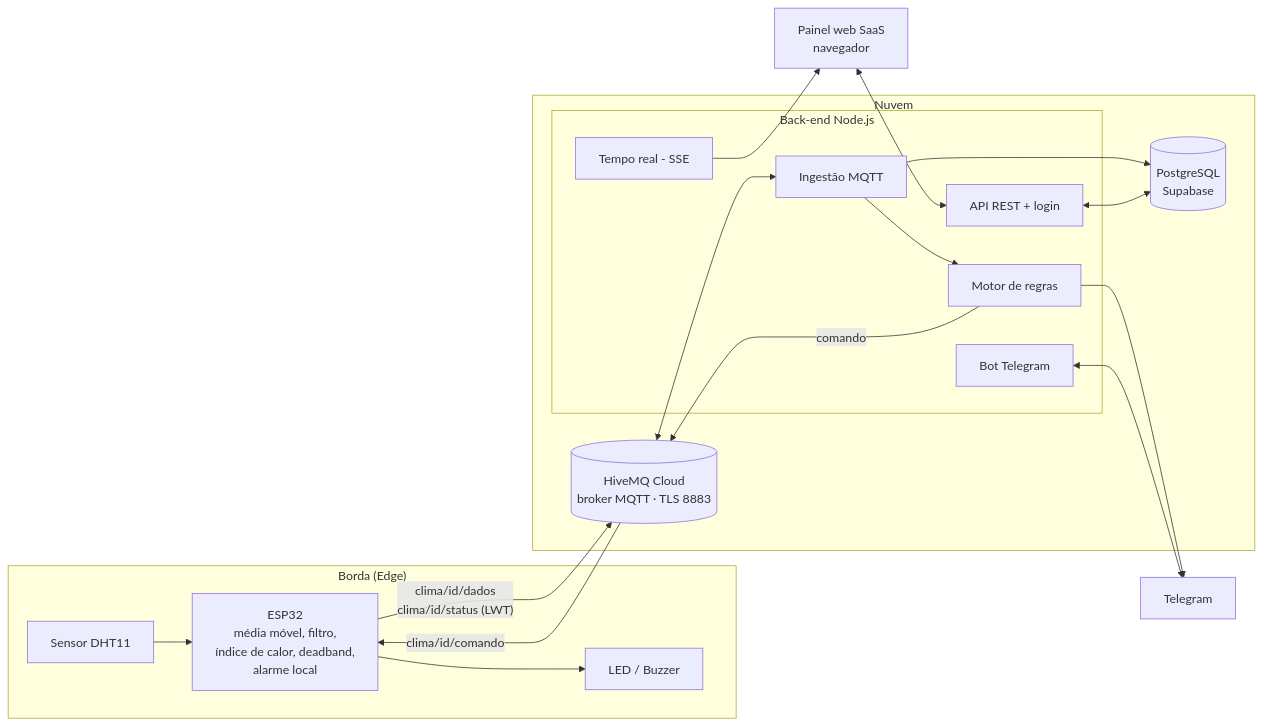
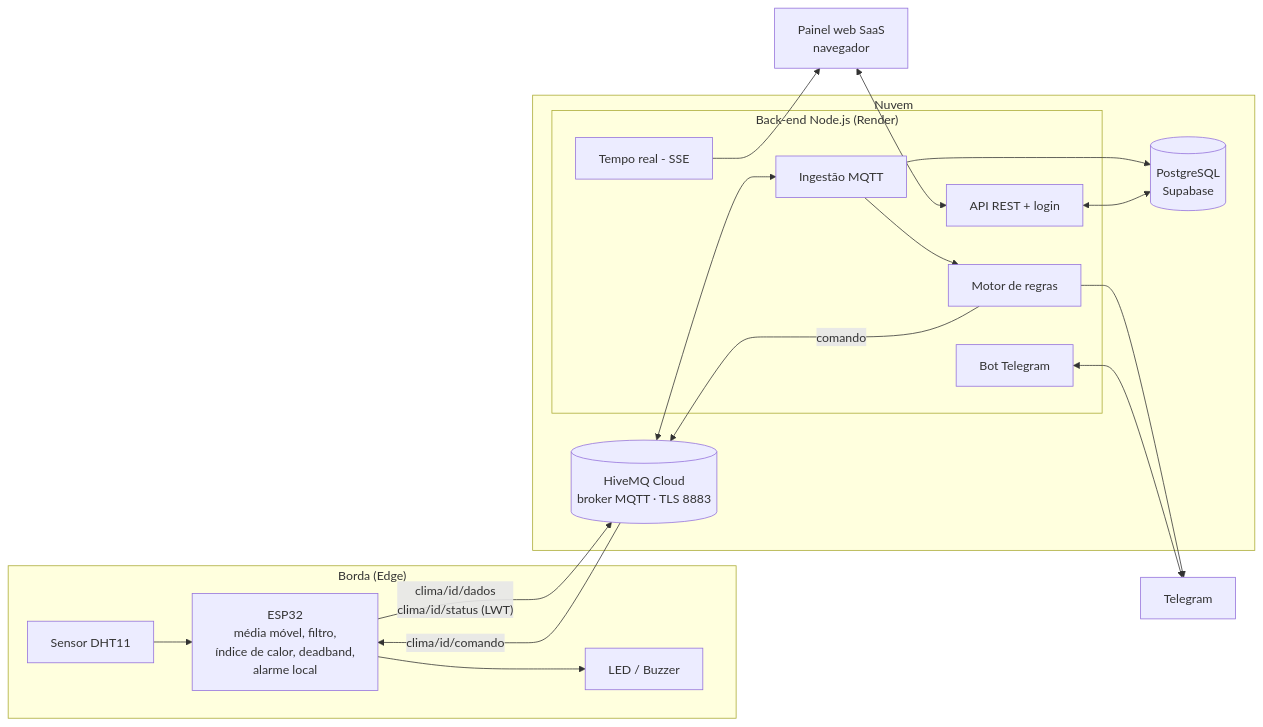
One commit to olbaplegal/climatrack changed the first of 4 diagrams in docs/ARQUITETURA.md. Above: the diagram before and after it, drawn with Mermaid. The commit also changed other lines of this file and 11 other files, not shown here.

````diff
--- a/docs/ARQUITETURA.md
+++ b/docs/ARQUITETURA.md
@@ -21,34 +21,34 @@
 ```mermaid
 flowchart LR
   subgraph Borda["Borda (Edge)"]
     DHT[Sensor DHT11] --> ESP[ESP32<br/>média móvel, filtro,<br/>índice de calor, deadband,<br/>alarme local]
     ESP --> LED[LED / Buzzer]
   end
 
   subgraph Nuvem
     BROKER[(HiveMQ Cloud<br/>broker MQTT · TLS 8883)]
-    subgraph Backend["Back-end Node.js"]
+    subgraph Backend["Back-end Node.js (Render)"]
       ING[Ingestão MQTT]
       REG[Motor de regras]
       API[API REST + login]
       SSE[Tempo real - SSE]
       BOT[Bot Telegram]
     end
     DB[(PostgreSQL<br/>Supabase)]
   end
 
   TG[Telegram]
   WEB[Painel web SaaS<br/>navegador]
 
   ESP -- "clima/id/dados<br/>clima/id/status (LWT)" --> BROKER
   BROKER -- "clima/id/comando" --> ESP
   BROKER <--> ING
   ING --> DB
   ING --> REG
   REG -- comando --> BROKER
   REG --> TG
   BOT <--> TG
   API <--> DB
   WEB <--> API
   SSE --> WEB
 ```
````
